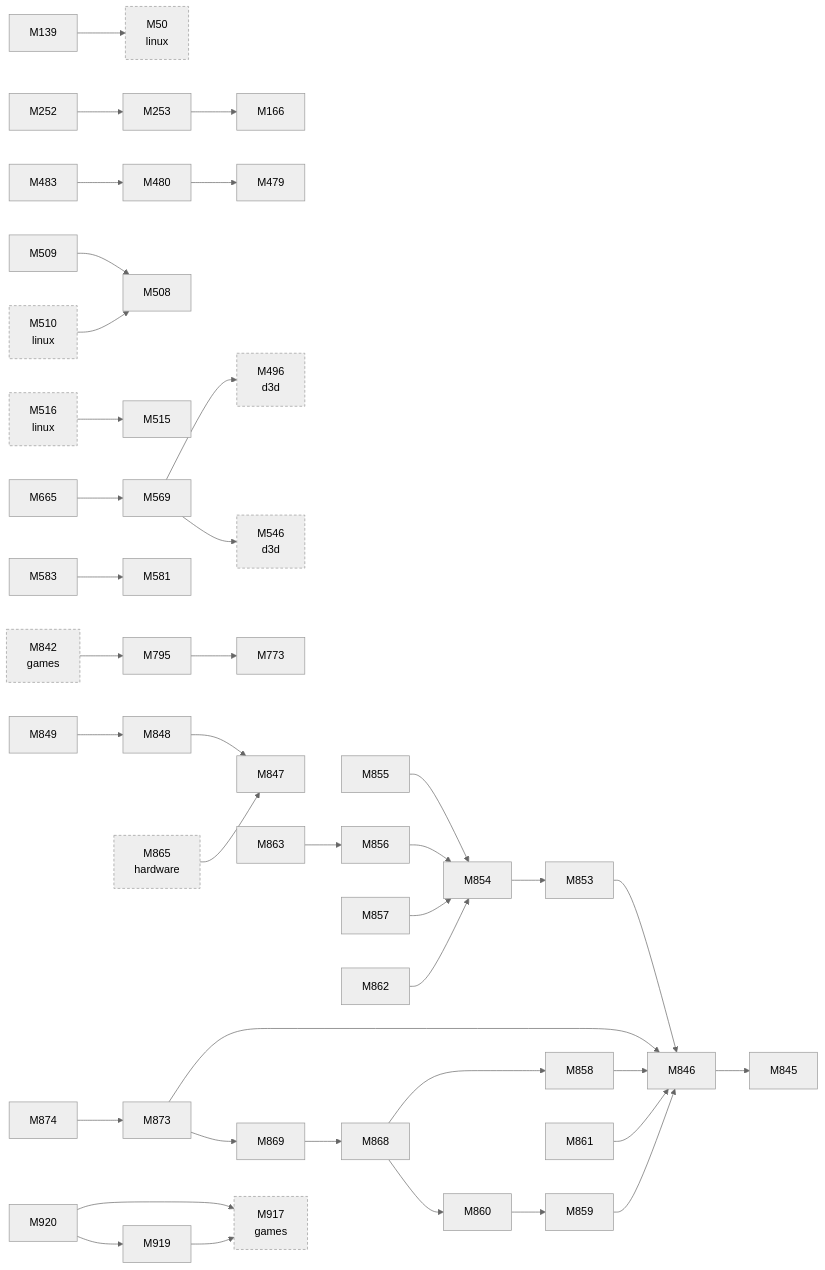
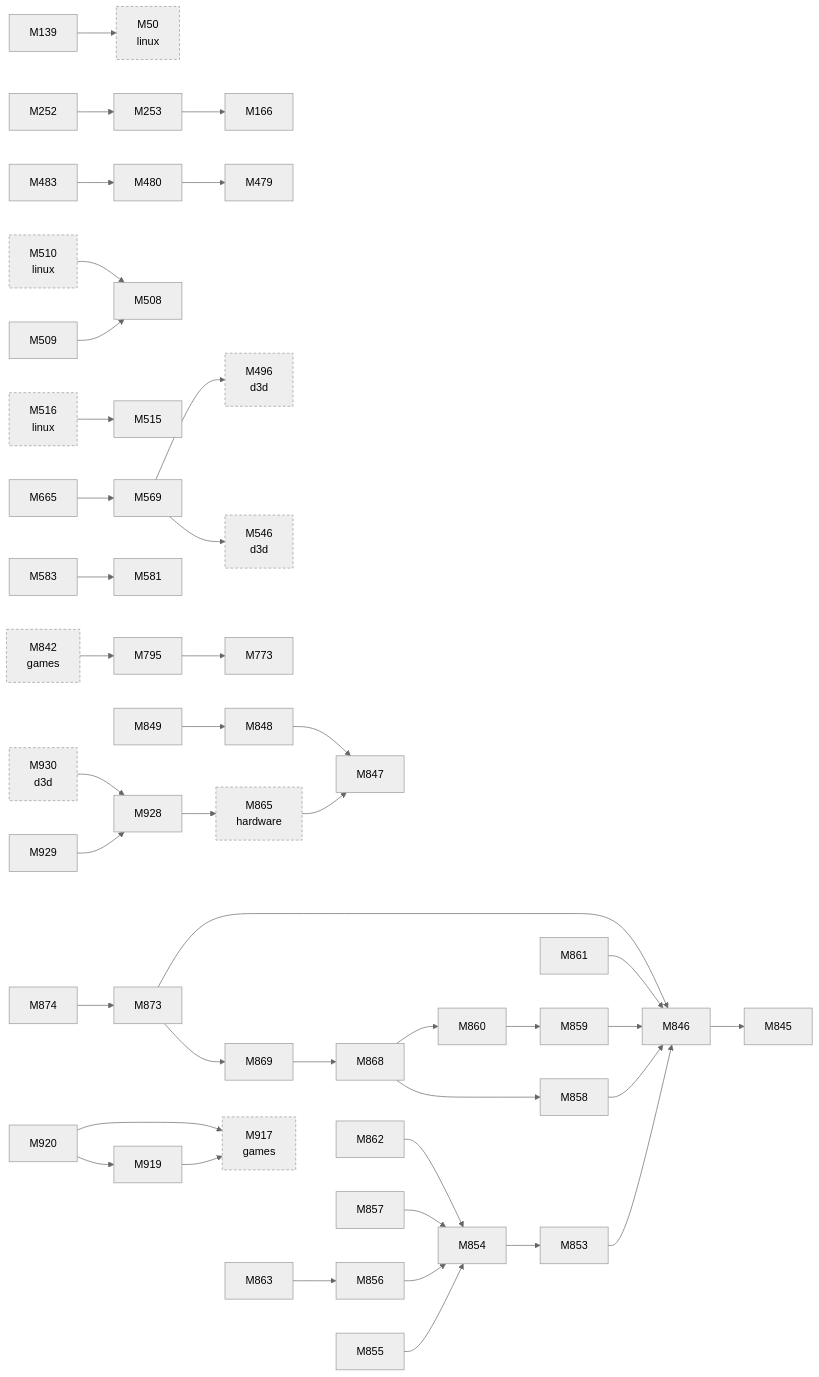
One commit to D-Ogi/amdgpu-wddm changed the second of 2 diagrams in docs/facts/graphs/icd.md. Above: the diagram before and after it, drawn with Mermaid (neutral theme). The commit also changed 53 other files, not shown here.

````diff
--- a/docs/facts/graphs/icd.md
+++ b/docs/facts/graphs/icd.md
@@ -85,6 +85,9 @@
   M917["M917<br/>games"]
   M919["M919"]
   M920["M920"]
+  M928["M928"]
+  M929["M929"]
+  M930["M930<br/>d3d"]
   M865 --> M847
   M139 --> M50
   M252 --> M253
@@ -120,9 +123,12 @@
   M919 --> M917
   M920 --> M917
   M920 --> M919
+  M928 --> M865
+  M929 --> M928
+  M930 --> M928
   M842 --> M795
   M510 --> M508
   M516 --> M515
   classDef other stroke-dasharray:4 3
-  class M50,M496,M510,M516,M546,M842,M865,M917 other
+  class M50,M496,M510,M516,M546,M842,M865,M917,M930 other
 ```
````
